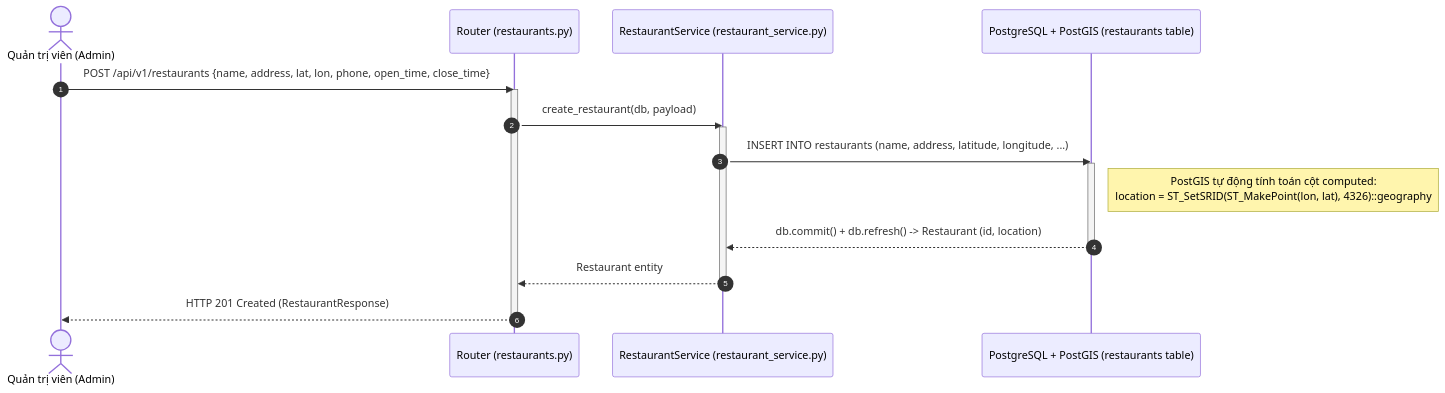
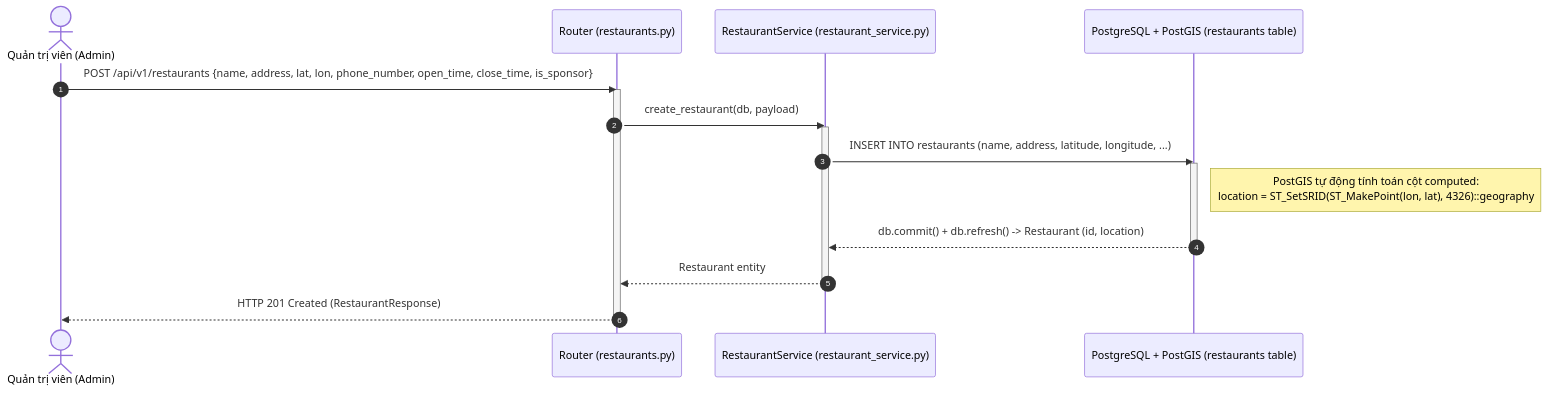
One commit to TrnThanh/Test changed the second of 9 diagrams in docs/sequence-diagrams.md. Above: the diagram before and after it, drawn with Mermaid. The commit also changed other lines of this file and 12 other files, not shown here.

Commit message:
feat(uml): bo sung Class Diagram, cap nhat Use Cases, Sequence Diagrams va session_id

````diff
--- a/docs/sequence-diagrams.md
+++ b/docs/sequence-diagrams.md
@@ -93,22 +93,22 @@
 ```mermaid
 sequenceDiagram
     autonumber
     actor Admin as Quản trị viên (Admin)
     participant API as Router (restaurants.py)
     participant Svc as RestaurantService (restaurant_service.py)
     participant DB as PostgreSQL + PostGIS (restaurants table)
 
-    Admin->>API: POST /api/v1/restaurants {name, address, lat, lon, phone, open_time, close_time}
+    Admin->>API: POST /api/v1/restaurants {name, address, lat, lon, phone_number, open_time, close_time, is_sponsor}
     activate API
     API->>Svc: create_restaurant(db, payload)
     activate Svc
     Svc->>DB: INSERT INTO restaurants (name, address, latitude, longitude, ...)
     activate DB
     Note right of DB: PostGIS tự động tính toán cột computed:<br/>location = ST_SetSRID(ST_MakePoint(lon, lat), 4326)::geography
     DB-->>Svc: db.commit() + db.refresh() -> Restaurant (id, location)
     deactivate DB
     Svc-->>API: Restaurant entity
     deactivate Svc
     API-->>Admin: HTTP 201 Created (RestaurantResponse)
     deactivate API
 ```
````
